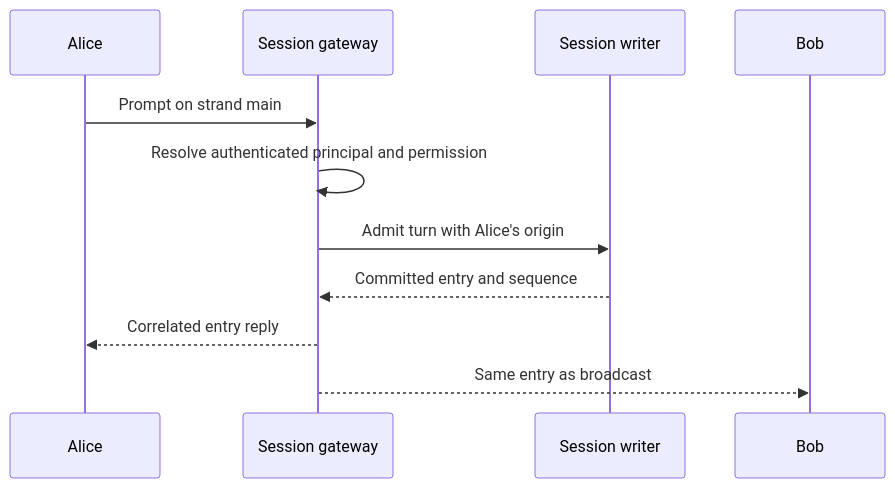
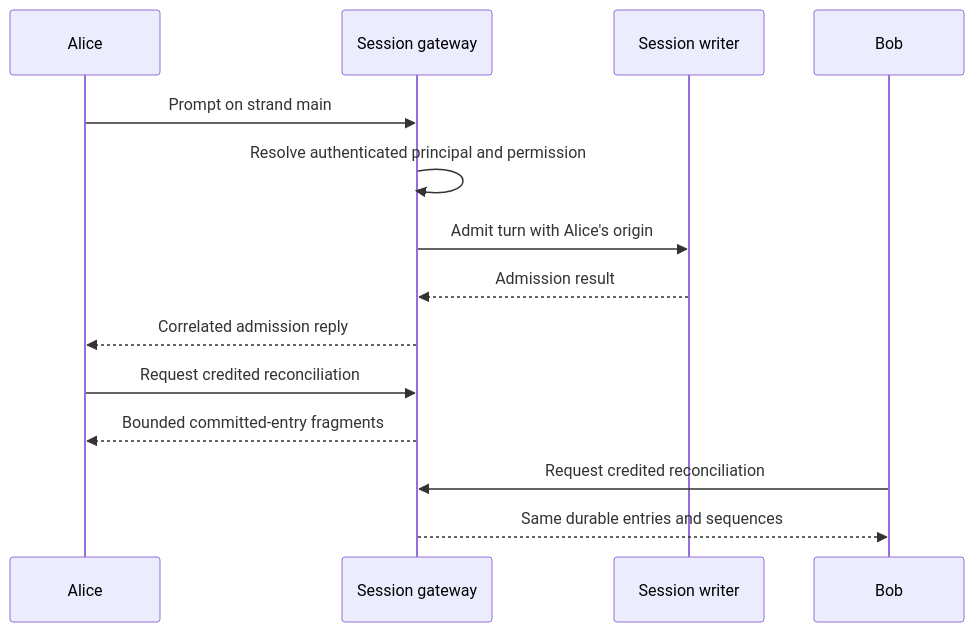
One commit to Roasbeef/loom changed the diagram in docs/architecture/multiplayer.md. Above: the diagram before and after it, drawn with Mermaid. The commit also changed other lines of this file and 43 other files, not shown here.

````diff
--- a/docs/architecture/multiplayer.md
+++ b/docs/architecture/multiplayer.md
@@ -60,13 +62,16 @@
 ```mermaid
 sequenceDiagram
     participant A as Alice
     participant G as Session gateway
     participant W as Session writer
     participant B as Bob
     A->>G: Prompt on strand main
     G->>G: Resolve authenticated principal and permission
     G->>W: Admit turn with Alice's origin
-    W-->>G: Committed entry and sequence
-    G-->>A: Correlated entry reply
-    G-->>B: Same entry as broadcast
+    W-->>G: Admission result
+    G-->>A: Correlated admission reply
+    A->>G: Request credited reconciliation
+    G-->>A: Bounded committed-entry fragments
+    B->>G: Request credited reconciliation
+    G-->>B: Same durable entries and sequences
 ```
````
